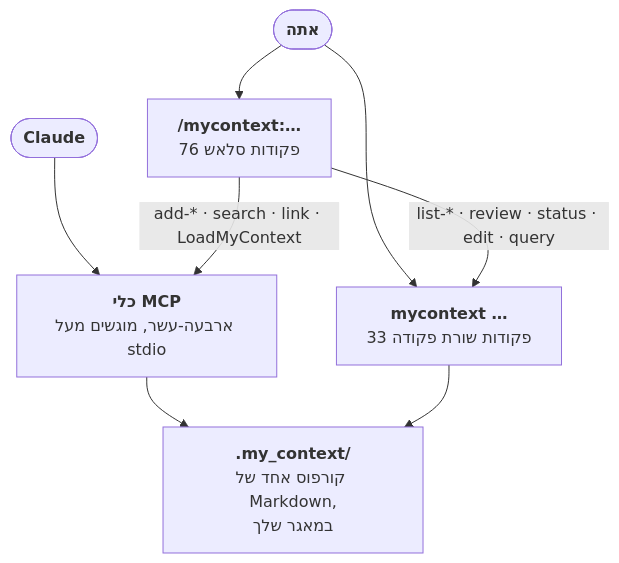
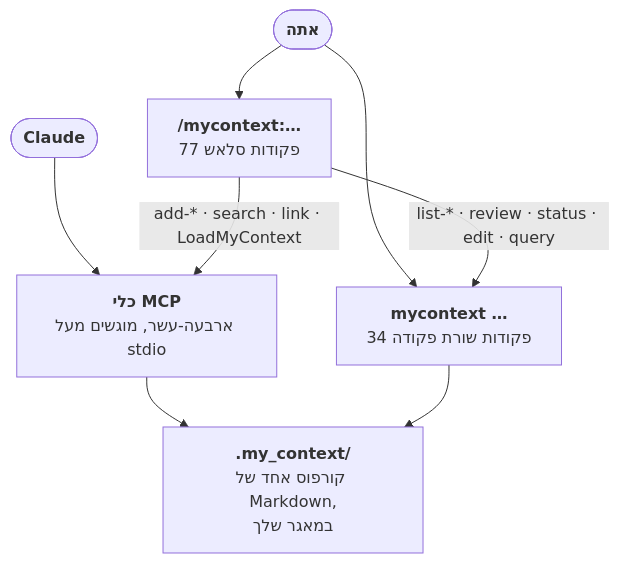
The fourth of 5 diagrams in docs/README.he.md (Dudi-Bar-On/my-context), drawn with Mermaid before and after one commit. The commit also changed other lines of this file and 13 other files, not shown here.

````diff
--- a/docs/README.he.md
+++ b/docs/README.he.md
@@ -1871,10 +1871,10 @@
 ```mermaid
 flowchart TB
-  U(["<b>אתה</b>"]) --> SL["<b>/mycontext:…</b><br/>76 פקודות סלאש"]
-  U --> CL["<b>mycontext …</b><br/>33 פקודות שורת פקודה"]
+  U(["<b>אתה</b>"]) --> SL["<b>/mycontext:…</b><br/>77 פקודות סלאש"]
+  U --> CL["<b>mycontext …</b><br/>34 פקודות שורת פקודה"]
   A(["<b>Claude</b>"]) --> TL["<b>כלי MCP</b><br/>ארבעה-עשר, מוגשים מעל stdio"]
   SL -->|"add-* · search · link · LoadMyContext"| TL
   SL -->|"list-* · review · status · edit · query"| CL
   TL --> CO["<b>.my_context/</b><br/>קורפוס אחד של Markdown,<br/>במאגר שלך"]
   CL --> CO
 ```
````
